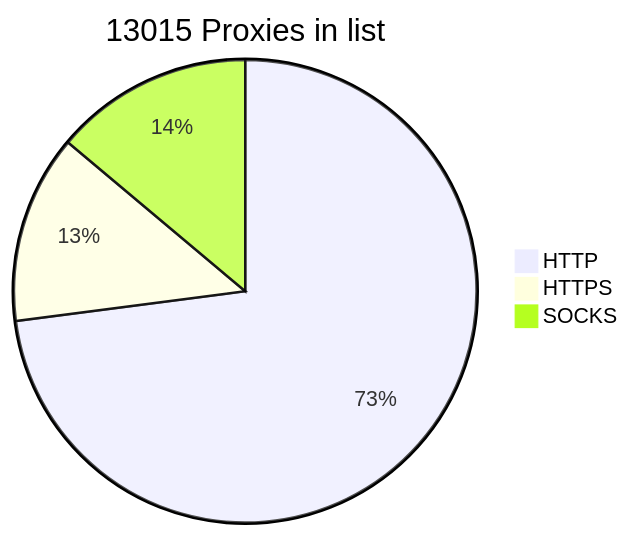
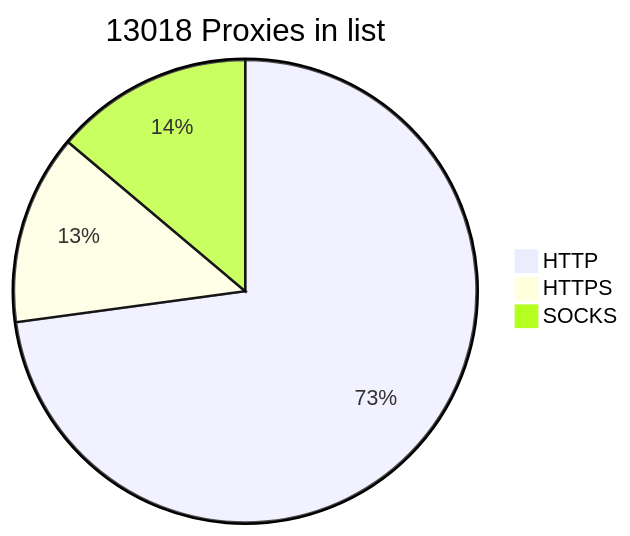
One commit to BlackSnowDot/proxylist-update-every-minute changed the diagram in README.md. Above: the diagram before and after it, drawn with Mermaid.

````diff
--- a/README.md
+++ b/README.md
@@ -2,6 +2,6 @@
 ```mermaid
-pie title 13015 Proxies in list
-    "HTTP" : 9734
-    "HTTPS": 1757
+pie title 13018 Proxies in list
+    "HTTP" : 9741
+    "HTTPS": 1775
     "SOCKS" : 1853
 ```
````
